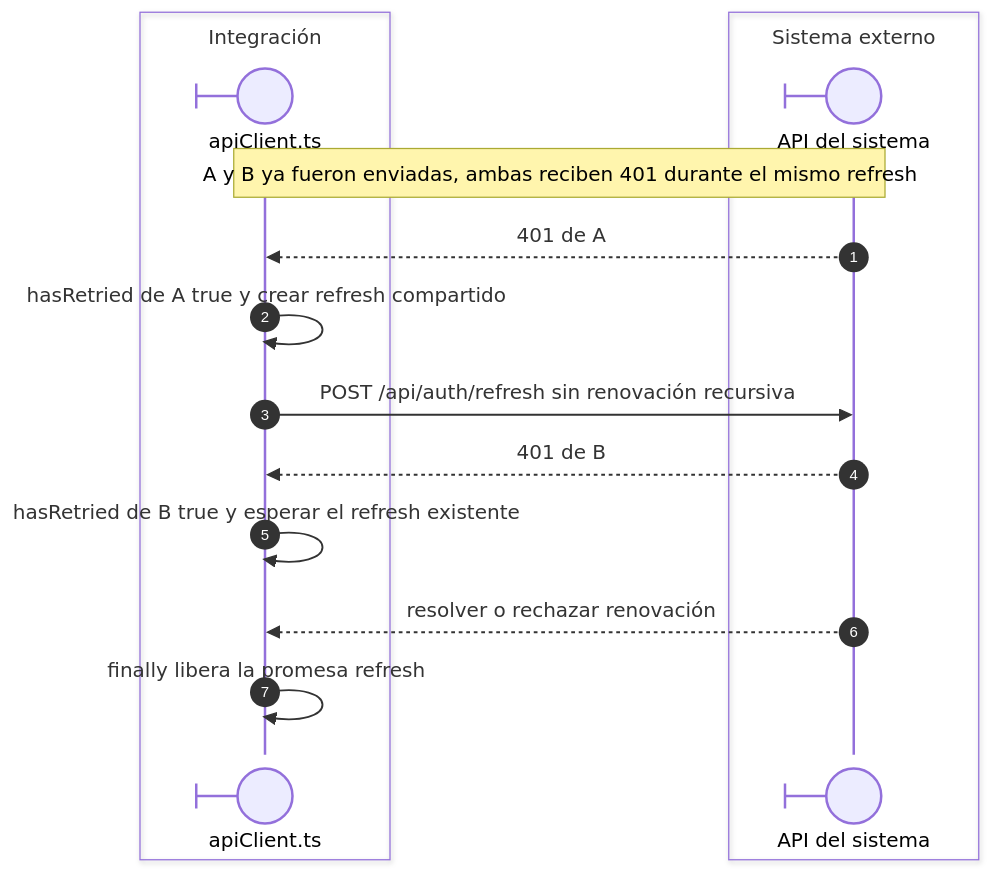
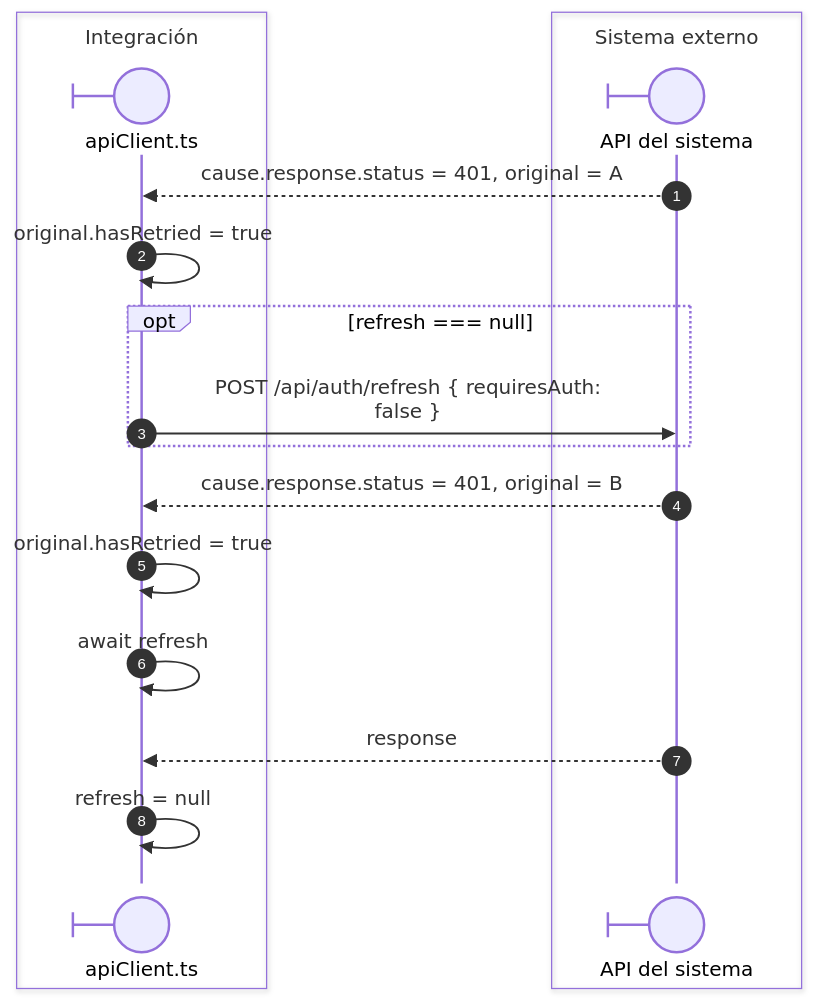
Before and after one commit to gpgsistemas01/nexus: the first of 2 diagrams in front/docs/architecture/views/processes/01-session/04-concurrent-renewal.md, drawn with Mermaid. The commit also changed other lines of this file and 43 other files, not shown here.

````diff
--- a/front/docs/architecture/views/processes/01-session/04-concurrent-renewal.md
+++ b/front/docs/architecture/views/processes/01-session/04-concurrent-renewal.md
@@ -16,18 +9,20 @@
 ```mermaid
 sequenceDiagram
     autonumber
     box Integración
     participant HTTP@{ "type": "boundary" } as apiClient.ts
     end
     box Sistema externo
     participant API@{ "type": "boundary" } as API del sistema
     end
-    Note over HTTP,API: A y B ya fueron enviadas, ambas reciben 401 durante el mismo refresh
-    API-->>HTTP: 401 de A
-    HTTP->>HTTP: hasRetried de A true y crear refresh compartido
-    HTTP->>API: POST /api/auth/refresh sin renovación recursiva
-    API-->>HTTP: 401 de B
-    HTTP->>HTTP: hasRetried de B true y esperar el refresh existente
-    API-->>HTTP: resolver o rechazar renovación
-    HTTP->>HTTP: finally libera la promesa refresh
+    API-->>HTTP: nowrap: cause.response.status = 401, original = A
+    HTTP->>HTTP: nowrap: original.hasRetried = true
+    opt nowrap: refresh === null
+        HTTP->>API: nowrap: POST /api/auth/refresh { requiresAuth:<br/>false }
+    end
+    API-->>HTTP: nowrap: cause.response.status = 401, original = B
+    HTTP->>HTTP: nowrap: original.hasRetried = true
+    HTTP->>HTTP: nowrap: await refresh
+    API-->>HTTP: nowrap: response
+    HTTP->>HTTP: nowrap: refresh = null
 ```
````
